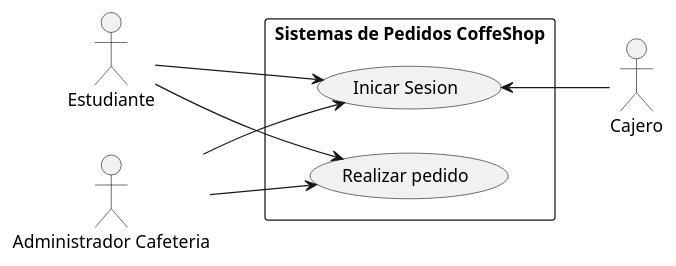
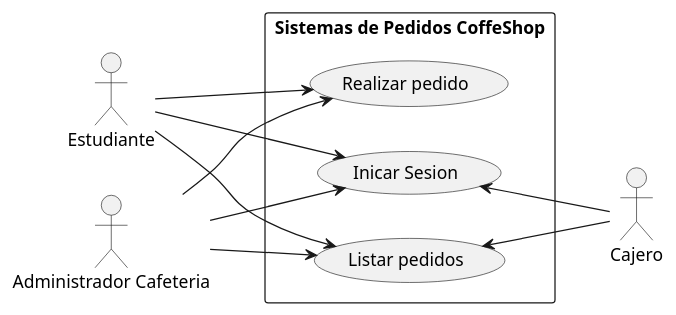
Before and after one commit to Santiagoluce/coffee-shop: the diagram in plantillacasos.plantuml, drawn with PlantUML. The commit also changed 1 other file, not shown here.

Commit message:
Se actualizo diagrama de casos de uso

```diff
--- a/plantillacasos.plantuml
+++ b/plantillacasos.plantuml
@@ -1,23 +1,28 @@
 @startuml casosusocoffeeshop
 left to right direction
 actor "Estudiante" as est
 actor "Administrador Cafeteria" as admin
 actor "Cajero" as cajero
 
 
 rectangle "Sistemas de Pedidos CoffeShop"{
     usecase "Inicar Sesion" as UC1
     usecase "Realizar pedido" as UC2
+    usecase "Listar pedidos" as UC3
     
 }
 
 est --> UC1
 est --> UC2
+est --> UC3
 admin --> UC1
 admin --> UC2
+admin --> UC3
 UC1 <-- cajero 
+UC3 <-- cajero 
+
 
 
 
 
 @enduml
```
